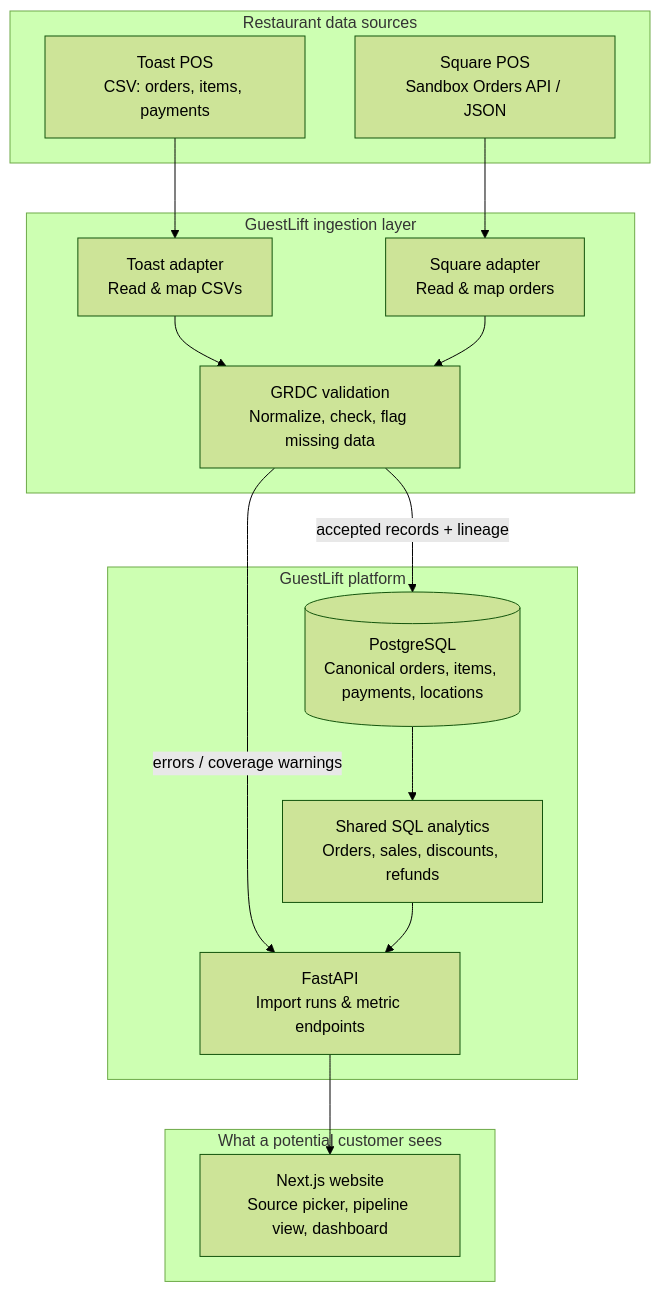
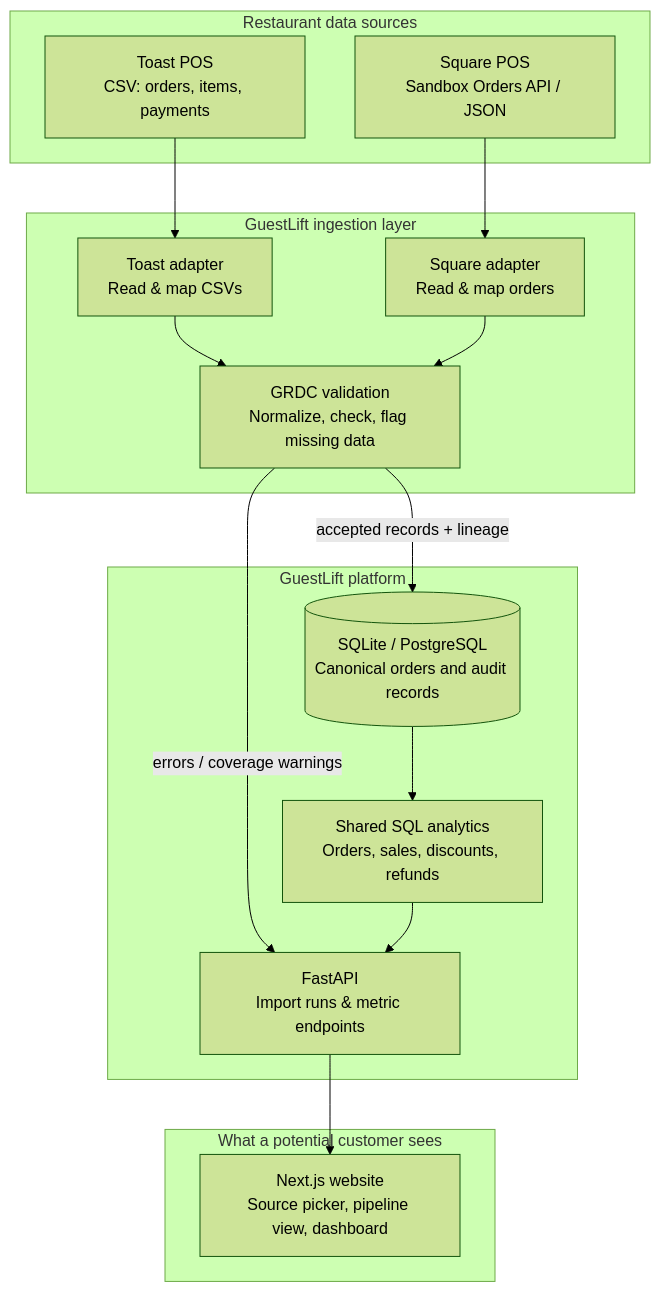
One commit to george962/GuestLift changed the diagram in docs/architecture.md. Above: the diagram before and after it, drawn with Mermaid (forest theme). The commit also changed other lines of this file and 40 other files, not shown here.

````diff
--- a/docs/architecture.md
+++ b/docs/architecture.md
@@ -13,29 +13,29 @@
 ```mermaid
 flowchart TD
   subgraph SOURCES[Restaurant data sources]
     TOAST["Toast POS<br/>CSV: orders, items, payments"]
     SQUARE["Square POS<br/>Sandbox Orders API / JSON"]
   end
 
   subgraph INGEST[GuestLift ingestion layer]
     TA["Toast adapter<br/>Read & map CSVs"]
     SA["Square adapter<br/>Read & map orders"]
     VALID["GRDC validation<br/>Normalize, check, flag missing data"]
   end
 
   subgraph PLATFORM[GuestLift platform]
-    DB[("PostgreSQL<br/>Canonical orders, items, payments, locations")]
+    DB[("SQLite / PostgreSQL<br/>Canonical orders and audit records")]
     METRICS["Shared SQL analytics<br/>Orders, sales, discounts, refunds"]
     API["FastAPI<br/>Import runs & metric endpoints"]
   end
 
   subgraph EXPERIENCE[What a potential customer sees]
     UI["Next.js website<br/>Source picker, pipeline view, dashboard"]
   end
 
   TOAST --> TA --> VALID
   SQUARE --> SA --> VALID
   VALID -->|accepted records + lineage| DB
   VALID -->|errors / coverage warnings| API
   DB --> METRICS --> API --> UI
 ```
````
